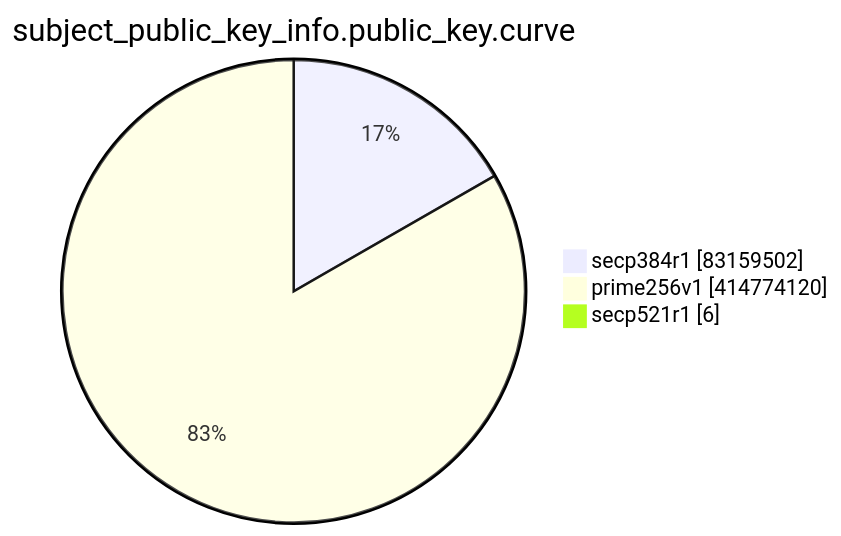
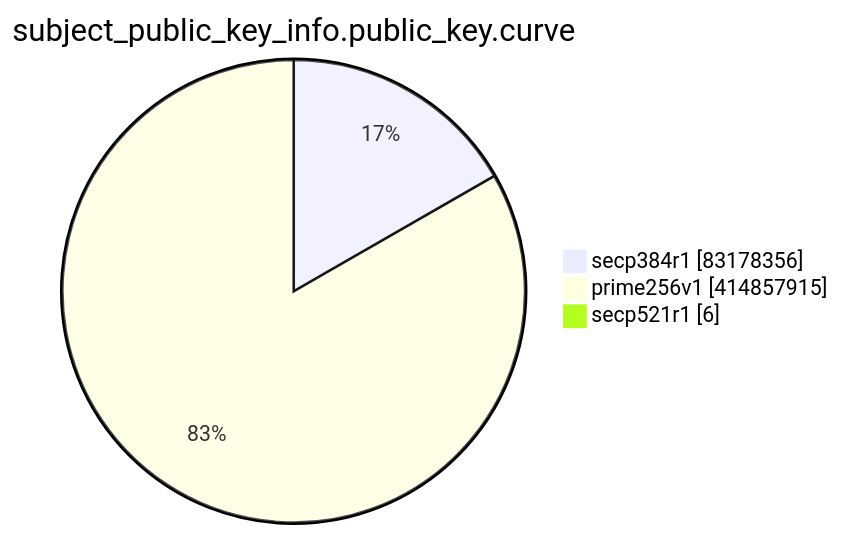
The eighth of 15 diagrams in TOTAL/README.md (christiankrug/ctmonitor_visualization), drawn with Mermaid before and after one commit. The commit also changed other lines of this file, not shown here.

````diff
--- a/TOTAL/README.md
+++ b/TOTAL/README.md
@@ -3098,7 +3098,7 @@
 ```mermaid
 pie showData
 title subject_public_key_info.public_key.curve
-"secp384r1" :83159502
-"prime256v1" :414774120
+"secp384r1" :83178356
+"prime256v1" :414857915
 "secp521r1" :6
 ```
````
